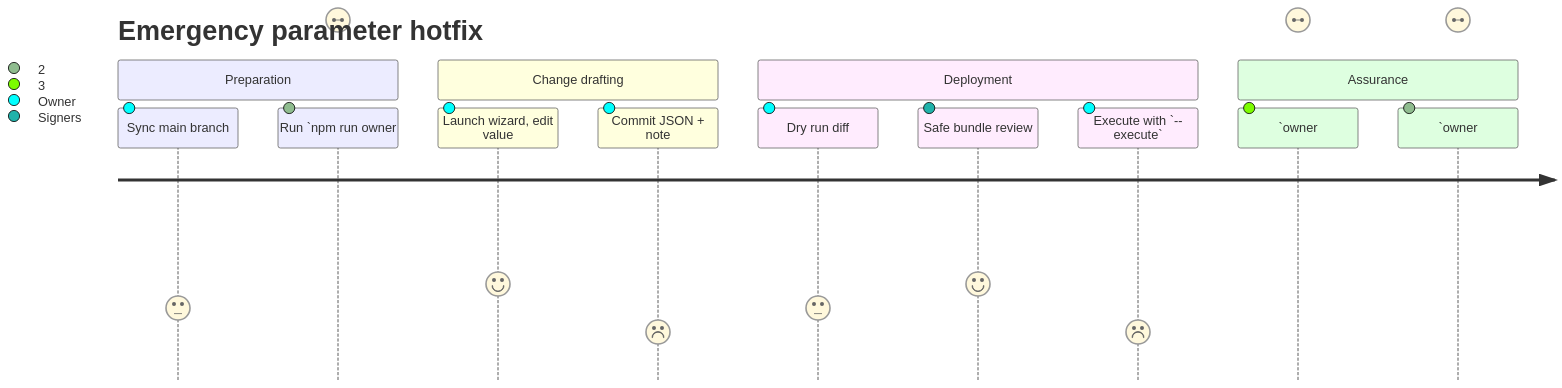
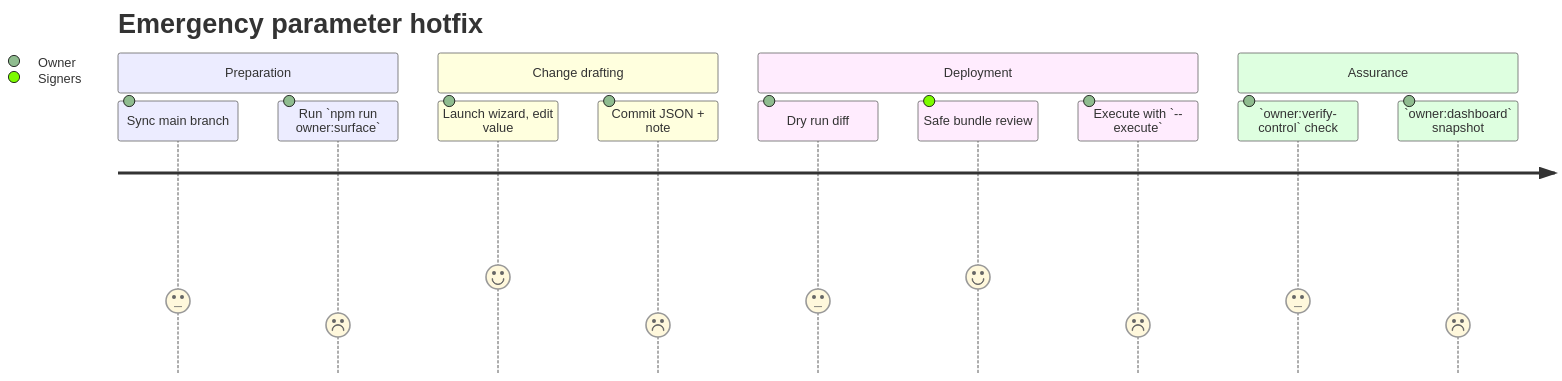
One commit to MontrealAI/AGIJobsv0 changed the second of 3 diagrams in docs/owner-control-blueprint.md. Above: the diagram before and after it, drawn with Mermaid. The commit also changed 327 other files, not shown here.

First line of the commit message:
Repair deployment, container coverage, validator recovery and preserved diagrams (#3914)

````diff
--- a/docs/owner-control-blueprint.md
+++ b/docs/owner-control-blueprint.md
@@ -60,17 +60,17 @@
 ```mermaid
 journey
   title Emergency parameter hotfix
   section Preparation
     Sync main branch: 3: Owner
-    Run `npm run owner:surface`: 2: Owner
+    Run `npm run owner#58;surface`: 2: Owner
   section Change drafting
     Launch wizard, edit value: 4: Owner
     Commit JSON + note: 2: Owner
   section Deployment
     Dry run diff: 3: Owner
     Safe bundle review: 4: Signers
     Execute with `--execute`: 2: Owner
   section Assurance
-    `owner:verify-control` check: 3: Owner
-    `owner:dashboard` snapshot: 2: Owner
+    `owner#58;verify-control` check: 3: Owner
+    `owner#58;dashboard` snapshot: 2: Owner
 ```
````
